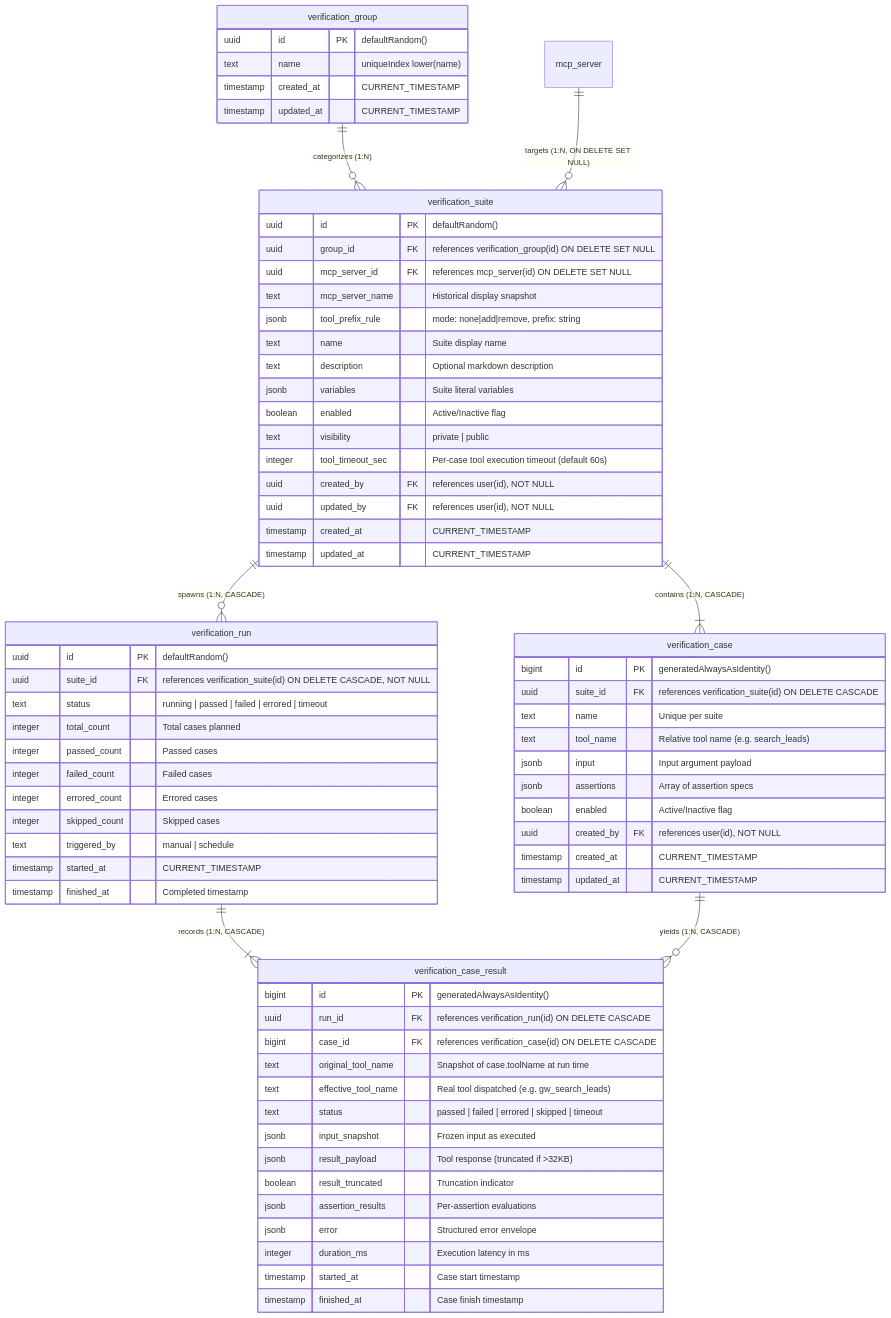
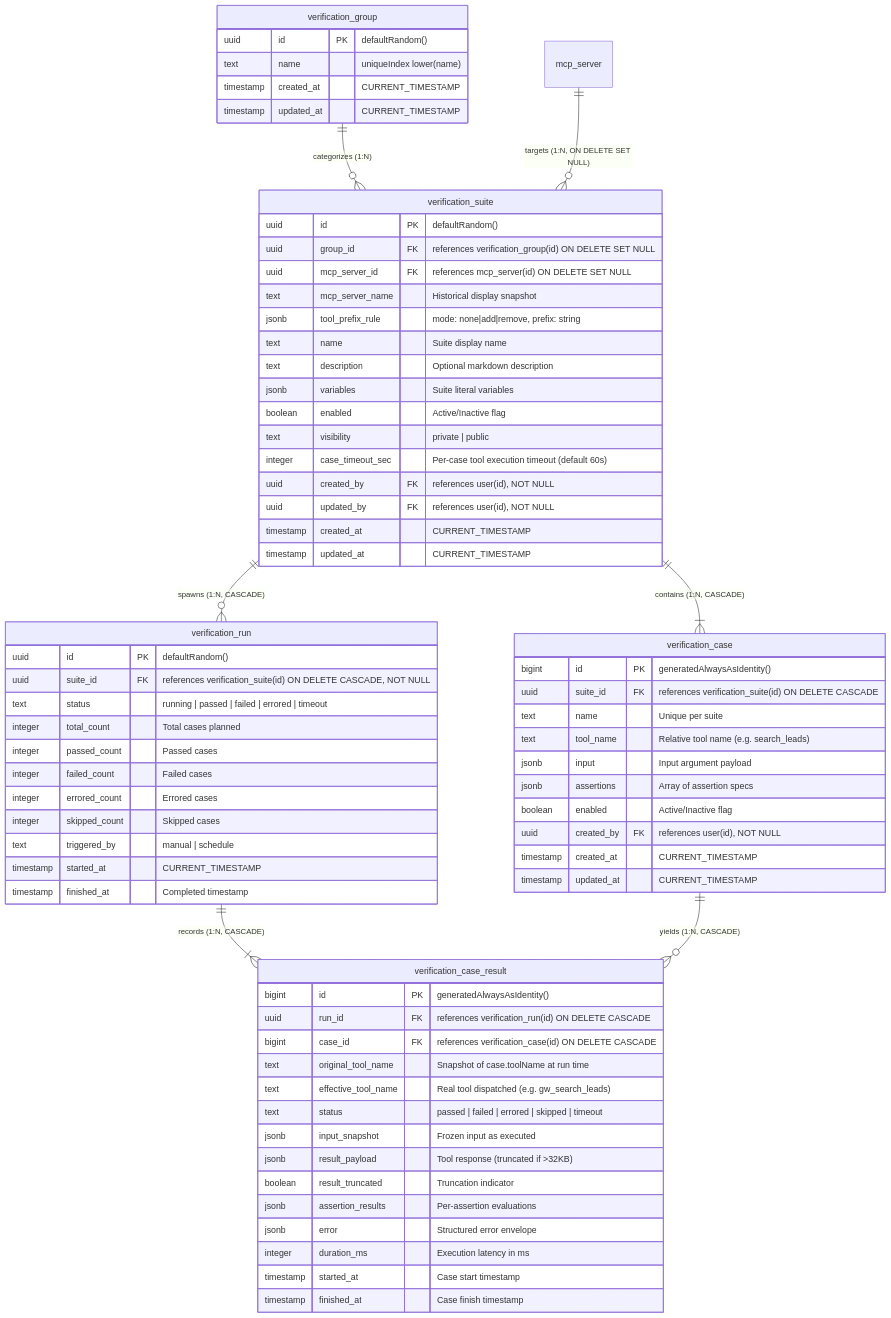
Before and after one commit to GavinZha0/Nango: the diagram in docs/verification.md, drawn with Mermaid. The commit also changed 48 other files, not shown here.

````diff
--- a/docs/verification.md
+++ b/docs/verification.md
@@ -56,78 +56,78 @@
 ```mermaid
 erDiagram
     verification_group ||--o{ verification_suite : "categorizes (1:N)"
     mcp_server ||--o{ verification_suite : "targets (1:N, ON DELETE SET NULL)"
     verification_suite ||--|{ verification_case : "contains (1:N, CASCADE)"
     verification_suite ||--o{ verification_run : "spawns (1:N, CASCADE)"
     verification_run ||--|{ verification_case_result : "records (1:N, CASCADE)"
     verification_case ||--o{ verification_case_result : "yields (1:N, CASCADE)"
 
     verification_group {
         uuid id PK "defaultRandom()"
         text name "uniqueIndex lower(name)"
         timestamp created_at "CURRENT_TIMESTAMP"
         timestamp updated_at "CURRENT_TIMESTAMP"
     }
 
     verification_suite {
         uuid id PK "defaultRandom()"
         uuid group_id FK "references verification_group(id) ON DELETE SET NULL"
         uuid mcp_server_id FK "references mcp_server(id) ON DELETE SET NULL"
         text mcp_server_name "Historical display snapshot"
         jsonb tool_prefix_rule "mode: none|add|remove, prefix: string"
         text name "Suite display name"
         text description "Optional markdown description"
         jsonb variables "Suite literal variables"
         boolean enabled "Active/Inactive flag"
         text visibility "private | public"
-        integer tool_timeout_sec "Per-case tool execution timeout (default 60s)"
+        integer case_timeout_sec "Per-case tool execution timeout (default 60s)"
         uuid created_by FK "references user(id), NOT NULL"
         uuid updated_by FK "references user(id), NOT NULL"
         timestamp created_at "CURRENT_TIMESTAMP"
         timestamp updated_at "CURRENT_TIMESTAMP"
     }
 
     verification_case {
         bigint id PK "generatedAlwaysAsIdentity()"
         uuid suite_id FK "references verification_suite(id) ON DELETE CASCADE"
         text name "Unique per suite"
         text tool_name "Relative tool name (e.g. search_leads)"
         jsonb input "Input argument payload"
         jsonb assertions "Array of assertion specs"
         boolean enabled "Active/Inactive flag"
         uuid created_by FK "references user(id), NOT NULL"
         timestamp created_at "CURRENT_TIMESTAMP"
         timestamp updated_at "CURRENT_TIMESTAMP"
     }
 
     verification_run {
         uuid id PK "defaultRandom()"
         uuid suite_id FK "references verification_suite(id) ON DELETE CASCADE, NOT NULL"
         text status "running | passed | failed | errored | timeout"
         integer total_count "Total cases planned"
         integer passed_count "Passed cases"
         integer failed_count "Failed cases"
         integer errored_count "Errored cases"
         integer skipped_count "Skipped cases"
         text triggered_by "manual | schedule"
         timestamp started_at "CURRENT_TIMESTAMP"
         timestamp finished_at "Completed timestamp"
     }
 
     verification_case_result {
         bigint id PK "generatedAlwaysAsIdentity()"
         uuid run_id FK "references verification_run(id) ON DELETE CASCADE"
         bigint case_id FK "references verification_case(id) ON DELETE CASCADE"
         text original_tool_name "Snapshot of case.toolName at run time"
         text effective_tool_name "Real tool dispatched (e.g. gw_search_leads)"
         text status "passed | failed | errored | skipped | timeout"
         jsonb input_snapshot "Frozen input as executed"
         jsonb result_payload "Tool response (truncated if >32KB)"
         boolean result_truncated "Truncation indicator"
         jsonb assertion_results "Per-assertion evaluations"
         jsonb error "Structured error envelope"
         integer duration_ms "Execution latency in ms"
         timestamp started_at "Case start timestamp"
         timestamp finished_at "Case finish timestamp"
     }
 ```
````
